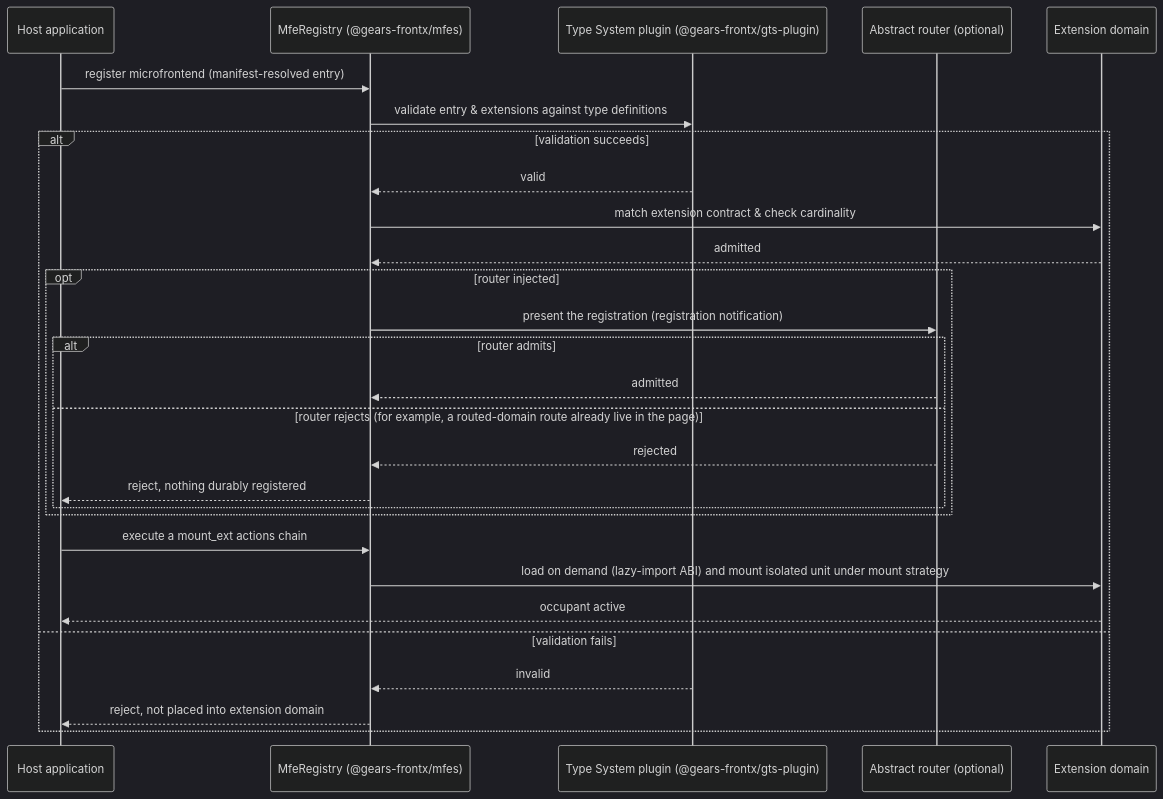
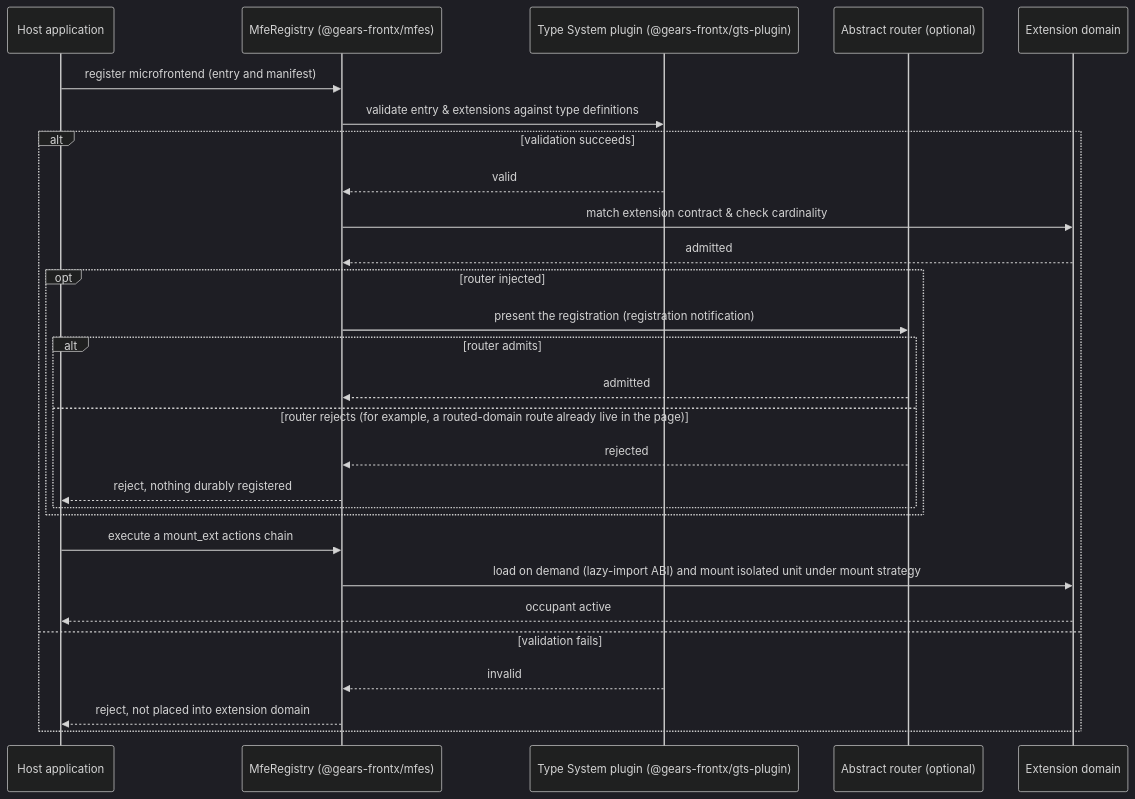
The third of 5 diagrams in packages/mfes/architecture/DESIGN.md (GeraBart/gears-frontx), drawn with Mermaid (dark theme) before and after one commit. The commit also changed other lines of this file and 18 other files, not shown here.

````diff
--- a/packages/mfes/architecture/DESIGN.md
+++ b/packages/mfes/architecture/DESIGN.md
@@ -413,30 +446,30 @@
 ```mermaid
 sequenceDiagram
     participant App as Host application
     participant Reg as MfeRegistry (@gears-frontx/mfes)
     participant TS as Type System plugin (@gears-frontx/gts-plugin)
     participant Rt as Abstract router (optional)
     participant Dom as Extension domain
-    App->>Reg: register microfrontend (manifest-resolved entry)
+    App->>Reg: register microfrontend (entry and manifest)
     Reg->>TS: validate entry & extensions against type definitions
     alt validation succeeds
         TS-->>Reg: valid
         Reg->>Dom: match extension contract & check cardinality
         Dom-->>Reg: admitted
         opt router injected
             Reg->>Rt: present the registration (registration notification)
             alt router admits
                 Rt-->>Reg: admitted
             else router rejects (for example, a routed-domain route already live in the page)
                 Rt-->>Reg: rejected
                 Reg-->>App: reject, nothing durably registered
             end
         end
         App->>Reg: execute a mount_ext actions chain
         Reg->>Dom: load on demand (lazy-import ABI) and mount isolated unit under mount strategy
         Dom-->>App: occupant active
     else validation fails
         TS-->>Reg: invalid
         Reg-->>App: reject, not placed into extension domain
     end
 ```
````
